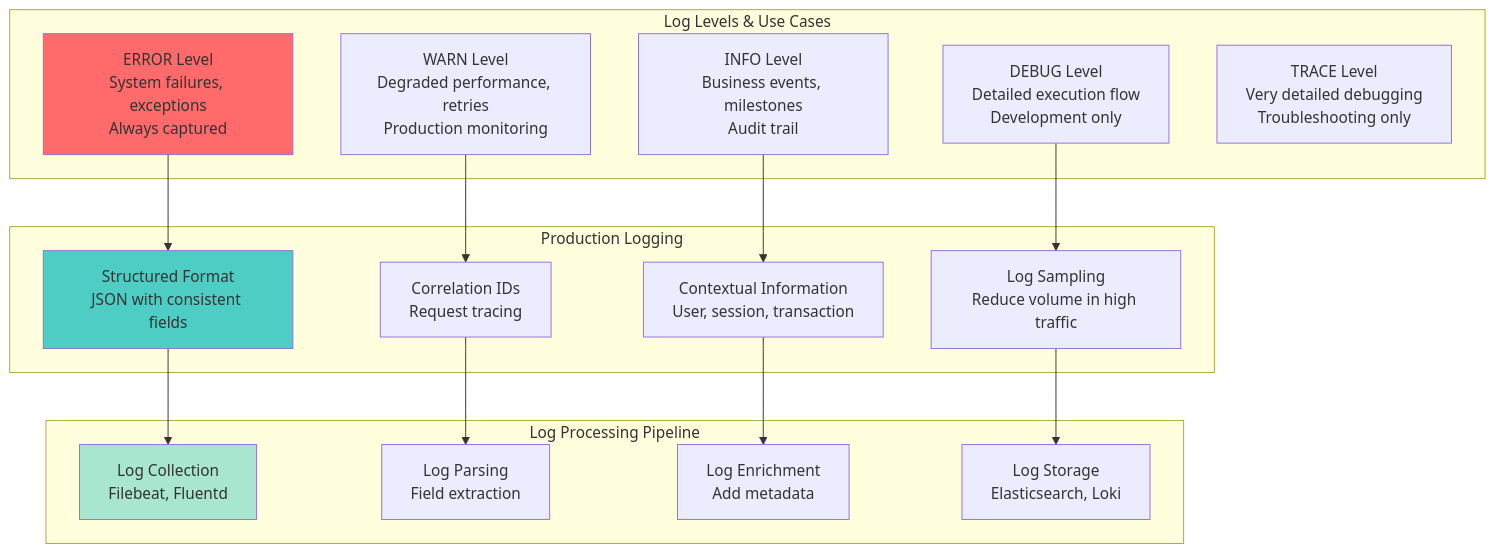
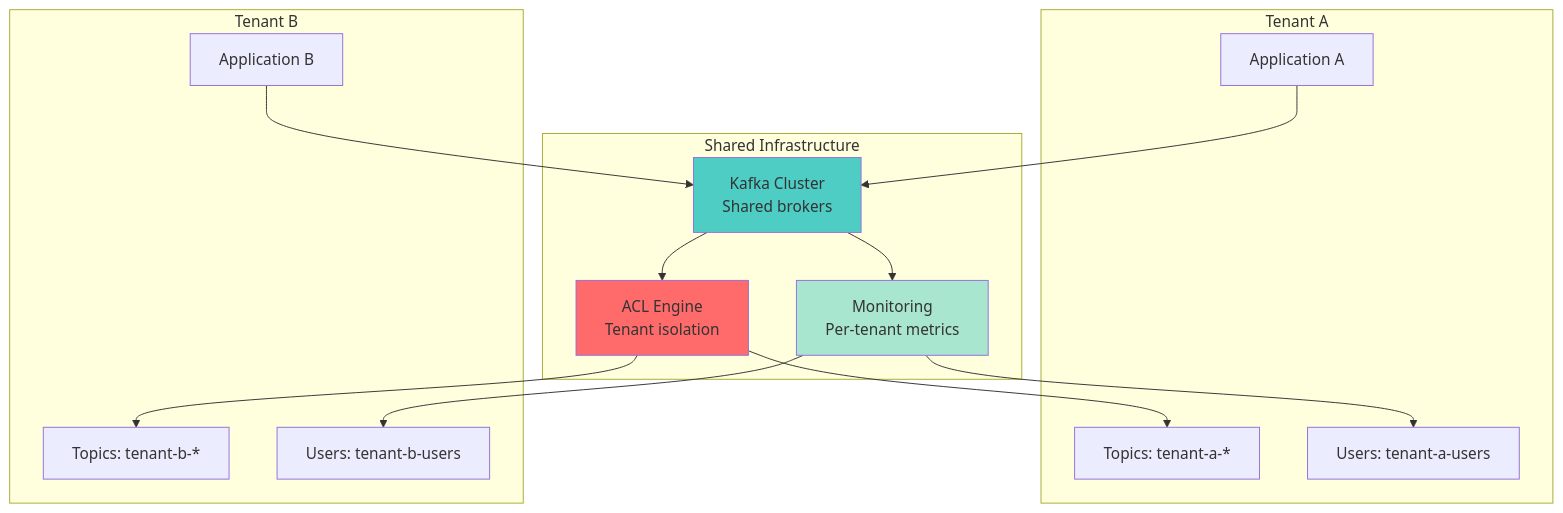
The eighth of 9 diagrams in class/modules/lesson_19/concept.md (vorrawut/KafkaStarter), drawn with Mermaid before and after one commit. The commit also changed other lines of this file and 204 other files, not shown here.

````diff
--- a/class/modules/lesson_19/concept.md
+++ b/class/modules/lesson_19/concept.md
@@ -413,38 +381,35 @@
 ```mermaid
 graph TB
-    subgraph "Log Levels & Use Cases"
-        ERROR[ERROR Level<br/>System failures, exceptions<br/>Always captured]
-        WARN[WARN Level<br/>Degraded performance, retries<br/>Production monitoring]
-        INFO[INFO Level<br/>Business events, milestones<br/>Audit trail]
-        DEBUG[DEBUG Level<br/>Detailed execution flow<br/>Development only]
-        TRACE[TRACE Level<br/>Very detailed debugging<br/>Troubleshooting only]
+    subgraph "Tenant A"
+        APP_A[Application A]
+        TOPICS_A[Topics: tenant-a-*]
+        USERS_A[Users: tenant-a-users]
     end
     
-    subgraph "Production Logging"
-        STRUCTURED[Structured Format<br/>JSON with consistent fields]
-        CORRELATION[Correlation IDs<br/>Request tracing]
-        CONTEXT[Contextual Information<br/>User, session, transaction]
-        SAMPLING[Log Sampling<br/>Reduce volume in high traffic]
+    subgraph "Tenant B"
+        APP_B[Application B]
+        TOPICS_B[Topics: tenant-b-*]
+        USERS_B[Users: tenant-b-users]
     end
     
-    subgraph "Log Processing Pipeline"
-        COLLECTION[Log Collection<br/>Filebeat, Fluentd]
-        PARSING[Log Parsing<br/>Field extraction]
-        ENRICHMENT[Log Enrichment<br/>Add metadata]
-        STORAGE[Log Storage<br/>Elasticsearch, Loki]
+    subgraph "Shared Infrastructure"
+        KAFKA[Kafka Cluster<br/>Shared brokers]
+        ACL_ENGINE[ACL Engine<br/>Tenant isolation]
+        MONITOR[Monitoring<br/>Per-tenant metrics]
     end
     
-    ERROR --> STRUCTURED
-    WARN --> CORRELATION
-    INFO --> CONTEXT
-    DEBUG --> SAMPLING
+    APP_A --> KAFKA
+    APP_B --> KAFKA
     
-    STRUCTURED --> COLLECTION
-    CORRELATION --> PARSING
-    CONTEXT --> ENRICHMENT
-    SAMPLING --> STORAGE
+    KAFKA --> ACL_ENGINE
+    ACL_ENGINE --> TOPICS_A
+    ACL_ENGINE --> TOPICS_B
     
-    style ERROR fill:#ff6b6b
-    style STRUCTURED fill:#4ecdc4
-    style COLLECTION fill:#a8e6cf
+    KAFKA --> MONITOR
+    MONITOR --> USERS_A
+    MONITOR --> USERS_B
+    
+    style ACL_ENGINE fill:#ff6b6b
+    style KAFKA fill:#4ecdc4
+    style MONITOR fill:#a8e6cf
 ```
````
